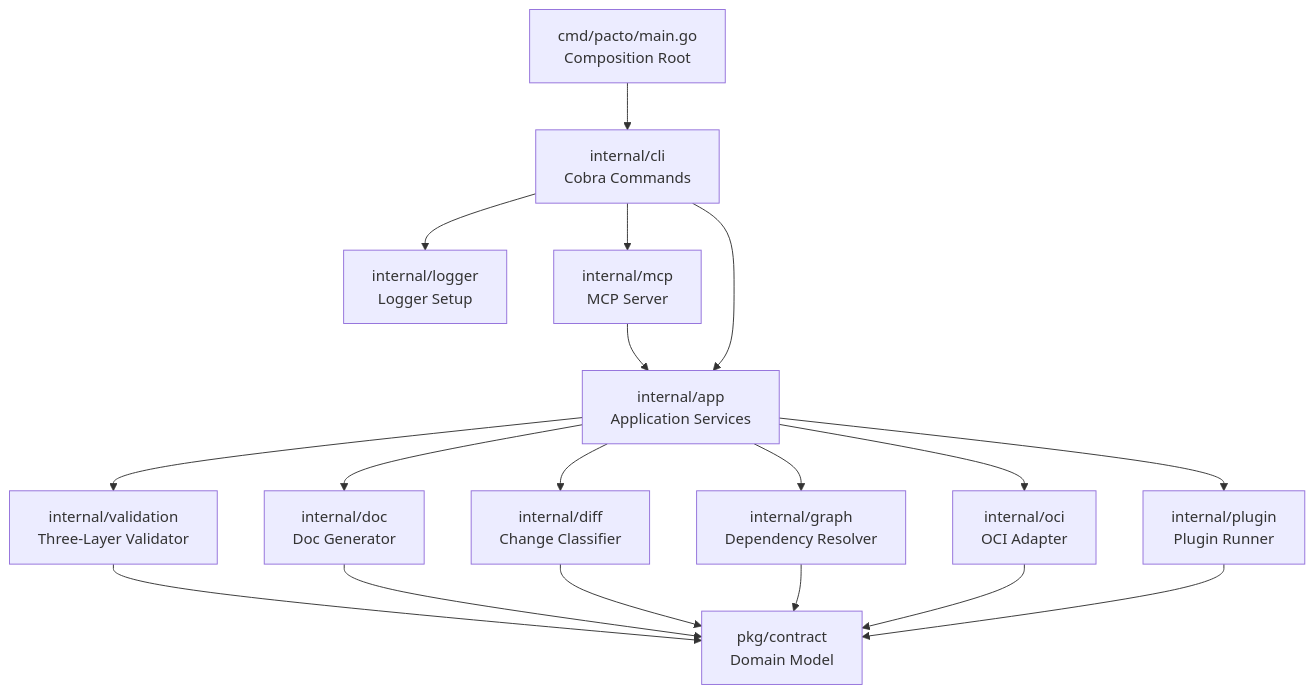
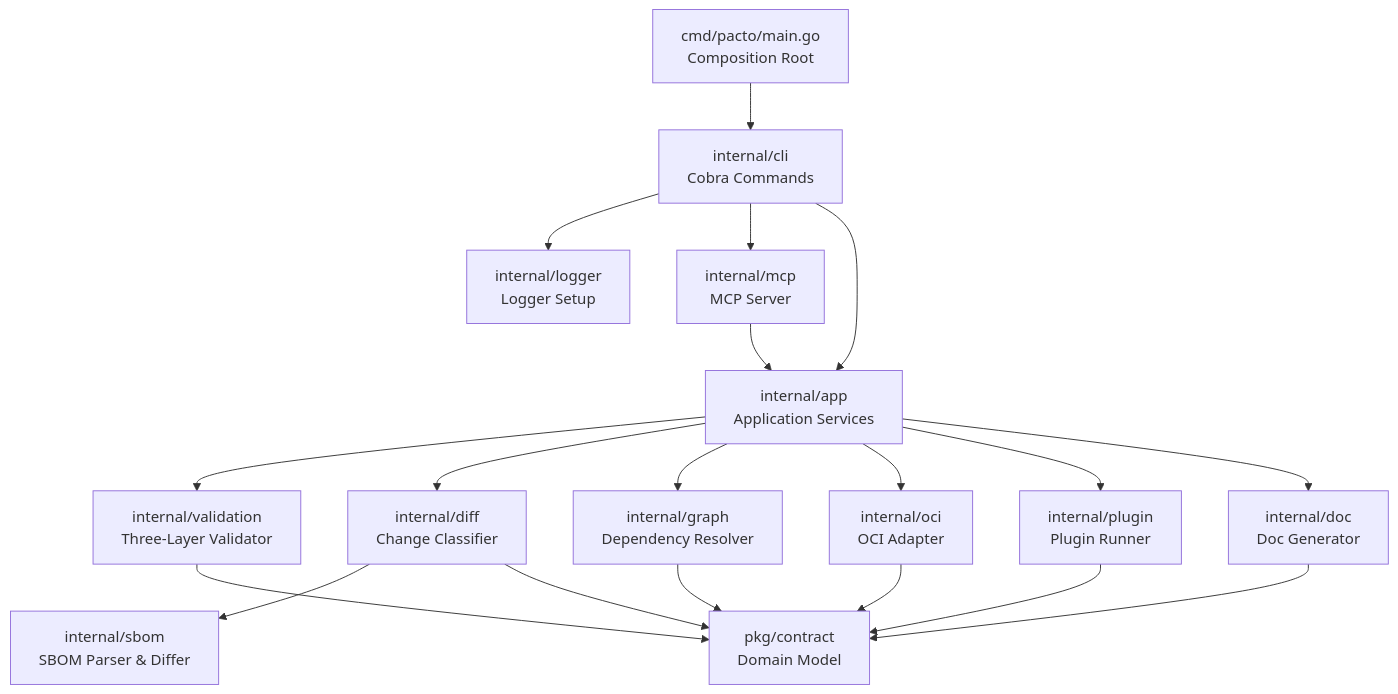
One commit to TrianaLab/pacto changed the first of 2 diagrams in docs/architecture.md. Above: the diagram before and after it, drawn with Mermaid. The commit also changed other lines of this file and 19 other files, not shown here.

````diff
--- a/docs/architecture.md
+++ b/docs/architecture.md
@@ -24,20 +24,21 @@
 ```mermaid
 graph TD
     MAIN[cmd/pacto/main.go<br/>Composition Root] --> CLI[internal/cli<br/>Cobra Commands]
     CLI --> LOG[internal/logger<br/>Logger Setup]
     CLI --> MCP[internal/mcp<br/>MCP Server]
     MCP --> APP
     CLI --> APP[internal/app<br/>Application Services]
     APP --> VAL[internal/validation<br/>Three-Layer Validator]
     APP --> DIFF[internal/diff<br/>Change Classifier]
     APP --> GRAPH[internal/graph<br/>Dependency Resolver]
     APP --> OCI[internal/oci<br/>OCI Adapter]
     APP --> PLUG[internal/plugin<br/>Plugin Runner]
     APP --> DOC[internal/doc<br/>Doc Generator]
+    DIFF --> SBOM[internal/sbom<br/>SBOM Parser & Differ]
     VAL --> CONTRACT[pkg/contract<br/>Domain Model]
     DOC --> CONTRACT
     DIFF --> CONTRACT
     GRAPH --> CONTRACT
     OCI --> CONTRACT
     PLUG --> CONTRACT
 ```
````
